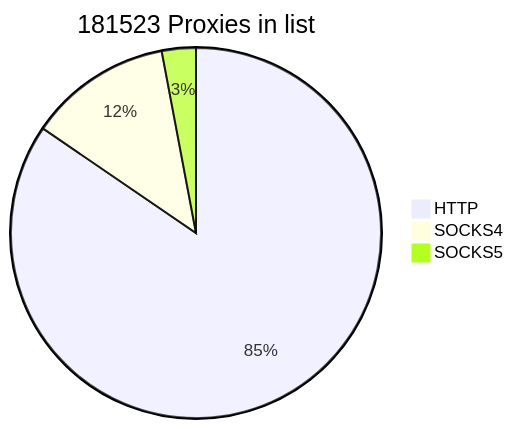
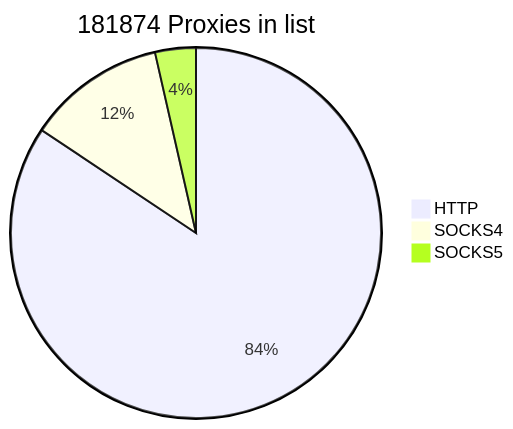
The first of 2 diagrams in README.md (cutipu/proxylist), drawn with Mermaid before and after one commit. The commit also changed other lines of this file, not shown here.

````diff
--- a/README.md
+++ b/README.md
@@ -2,7 +2,7 @@
 ```mermaid
-pie title 181523 Proxies in list
-    "HTTP" : 153454
-    "SOCKS4" : 22680
-    "SOCKS5" : 5389
+pie title 181874 Proxies in list
+    "HTTP" : 153430
+    "SOCKS4" : 21977
+    "SOCKS5" : 6467
             
 ```
````
